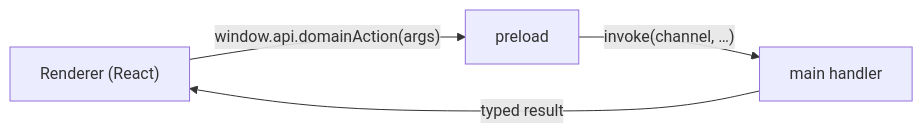
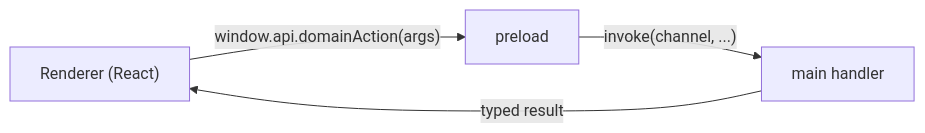
One commit to drizztdourden08/relic-of-the-past changed the diagram in docs/architecture/electron-ipc.md. Above: the diagram before and after it, drawn with Mermaid. The commit also changed 2120 other files, not shown here.

````diff
--- a/docs/architecture/electron-ipc.md
+++ b/docs/architecture/electron-ipc.md
@@ -10,6 +10,6 @@
 ```mermaid
 flowchart LR
     R["Renderer (React)"] -->|"window.api.domainAction(args)"| P["preload"]
-    P -->|"invoke(channel, …)"| M["main handler"]
+    P -->|"invoke(channel, ...)"| M["main handler"]
     M -->|"typed result"| R
 ```
````
